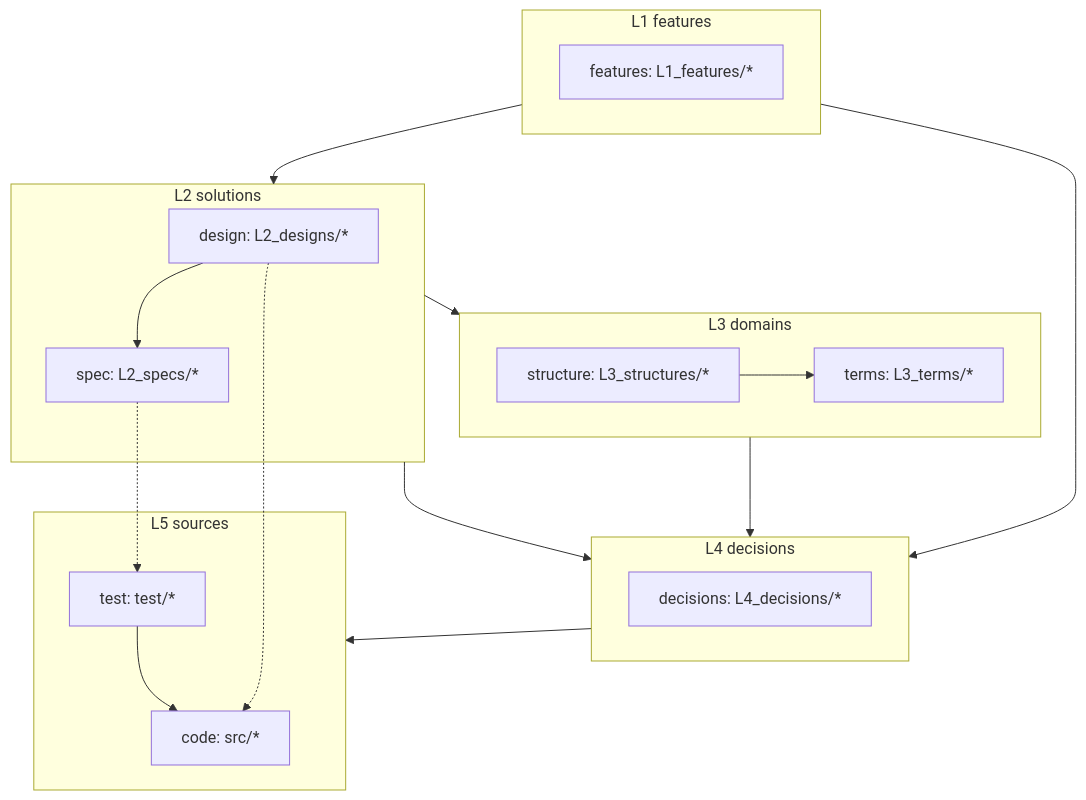
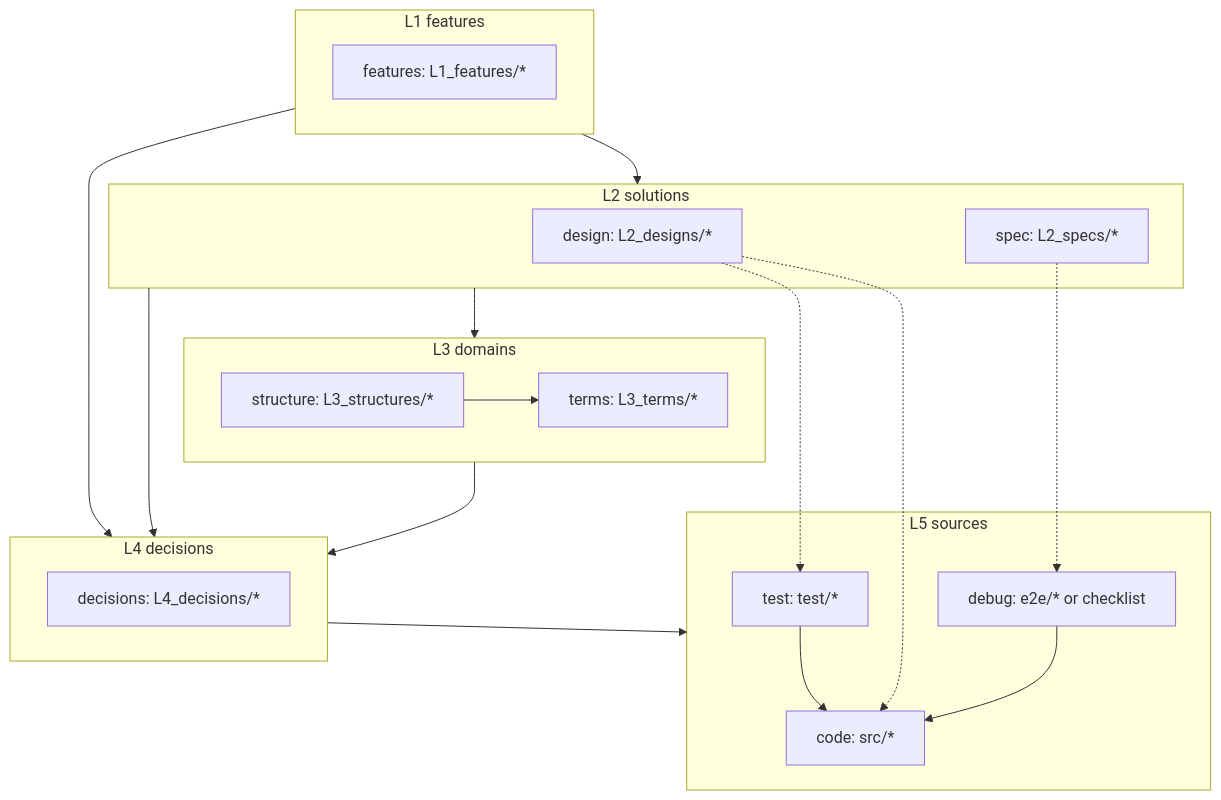
Before and after one commit to gameundwatch/archivist: the first of 3 diagrams in docs/archivist/L3_structures/document-layers.md, drawn with Mermaid. The commit also changed other lines of this file and 30 other files, not shown here.

````diff
--- a/docs/archivist/L3_structures/document-layers.md
+++ b/docs/archivist/L3_structures/document-layers.md
@@ -9,29 +9,31 @@
 ```mermaid
 flowchart TD
     subgraph L1[L1 features]
         feature[features: L1_features/*]
     end
     subgraph L2[L2 solutions]
         design[design: L2_designs/*]
         spec[spec: L2_specs/*]
     end
     subgraph L3[L3 domains]
         terms[terms: L3_terms/*]
         structure[structure: L3_structures/*]
     end
     subgraph L4[L4 decisions]
         decision[decisions: L4_decisions/*]
     end
     subgraph L5[L5 sources]
         code[code: src/*]
         test[test: test/*]
+        debug[debug: e2e/* or checklist]
     end
     L1 --> L2 --> L3 --> L4 --> L5
     L1 --> L4
     L2 --> L4
-    design --> spec
     structure --> terms
     test --> code
+    debug --> code
     design -.-> code
-    spec -.-> test
+    design -.-> test
+    spec -.-> debug
 ```
````
